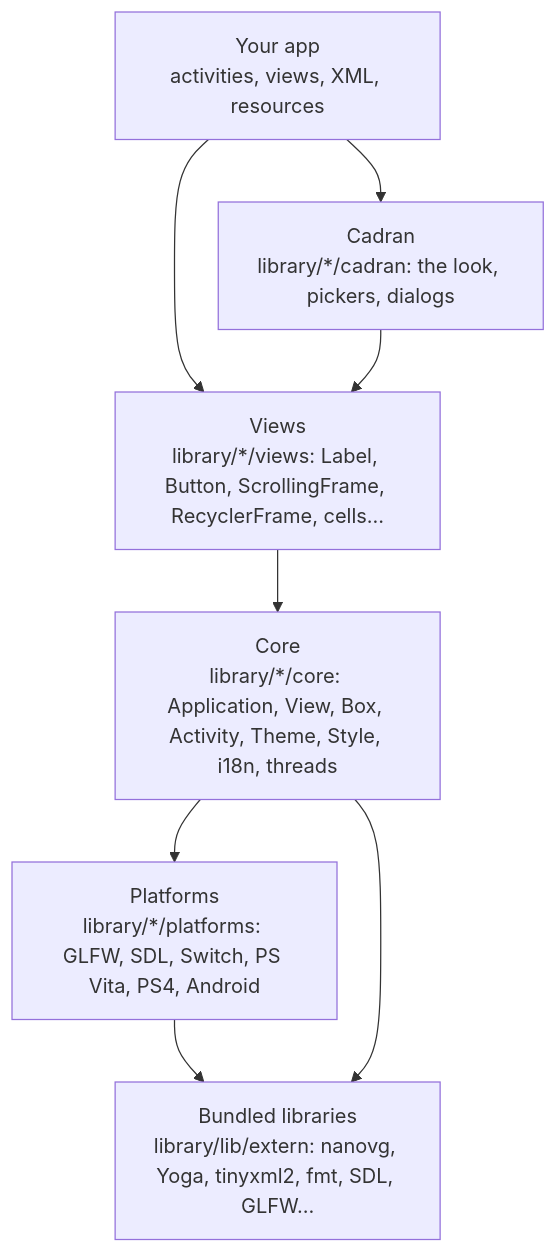
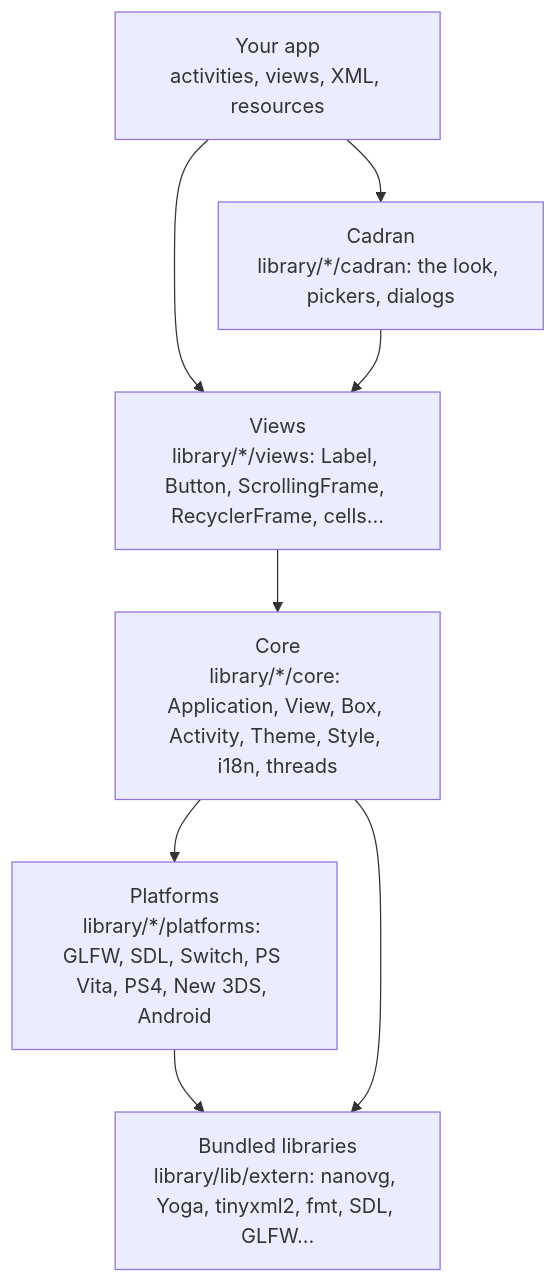
The diagram in docs/architecture.md (JigSawFr/Aurore), drawn with Mermaid before and after one commit. The commit also changed other lines of this file and 20 other files, not shown here.

````diff
--- a/docs/architecture.md
+++ b/docs/architecture.md
@@ -7,16 +7,16 @@
 ```mermaid
 flowchart TB
     app["Your app<br/>activities, views, XML, resources"]
     cadran["Cadran<br/>library/*/cadran: the look, pickers, dialogs"]
     views["Views<br/>library/*/views: Label, Button, ScrollingFrame, RecyclerFrame, cells…"]
     core["Core<br/>library/*/core: Application, View, Box, Activity, Theme, Style, i18n, threads"]
-    platforms["Platforms<br/>library/*/platforms: GLFW, SDL, Switch, PS Vita, PS4, Android"]
+    platforms["Platforms<br/>library/*/platforms: GLFW, SDL, Switch, PS Vita, PS4, New 3DS, Android"]
     extern["Bundled libraries<br/>library/lib/extern: nanovg, Yoga, tinyxml2, fmt, SDL, GLFW…"]
     app --> cadran
     app --> views
     cadran --> views
     views --> core
     core --> platforms
     platforms --> extern
     core --> extern
 ```
````
